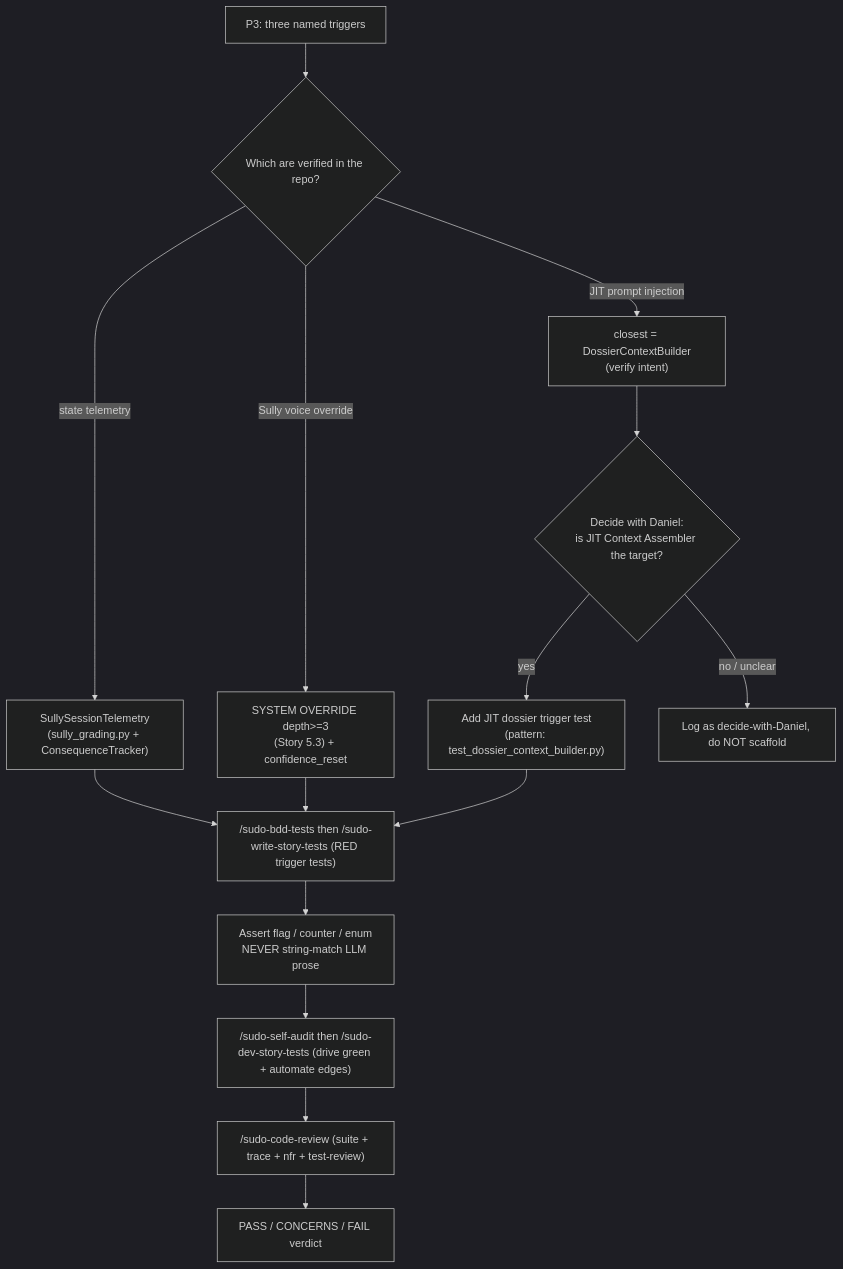
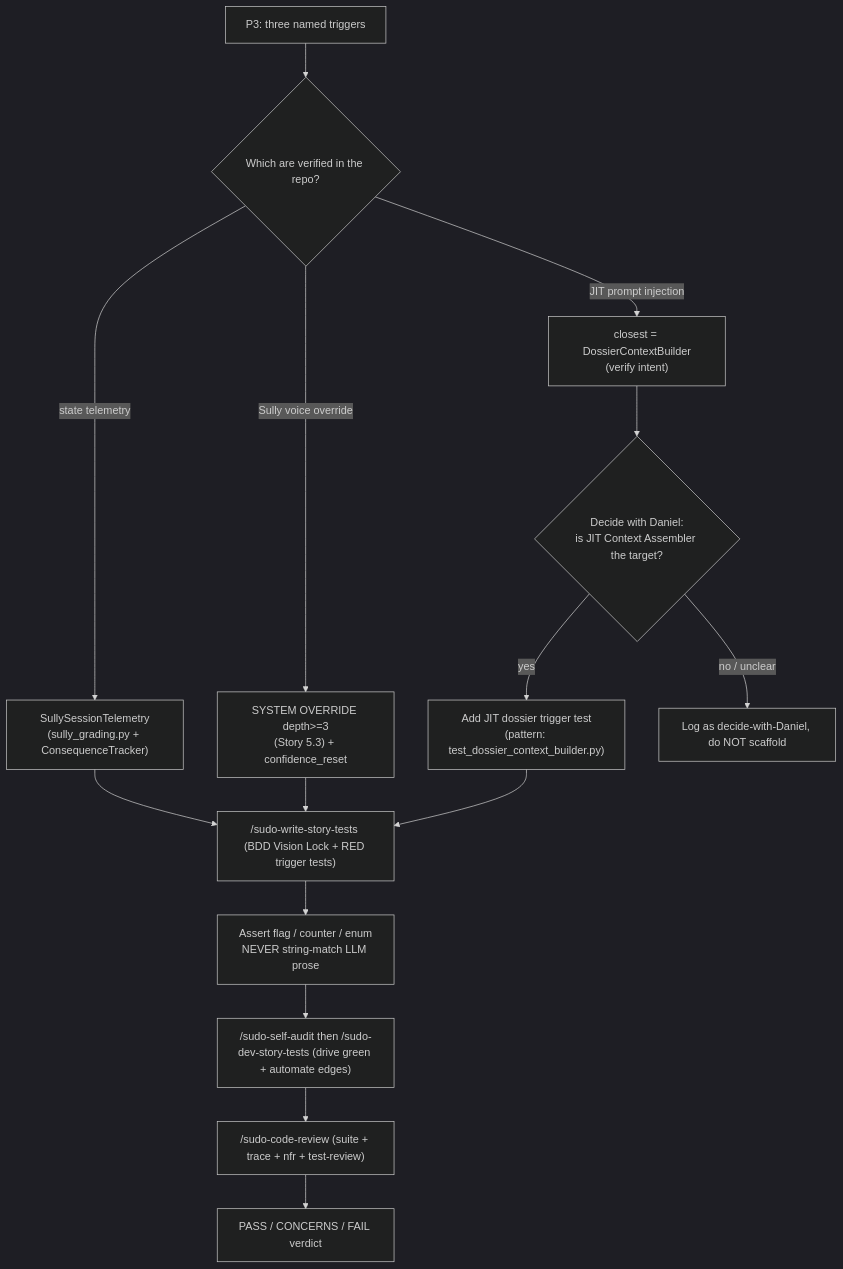
One commit to sudomadhatter/Sudo_Hatter_Command changed the fifth of 12 diagrams in _my_resources/diagrams_guides/workflows_tea_testing/tea_testing_guide.md. Above: the diagram before and after it, drawn with Mermaid (dark theme). The commit also changed other lines of this file and 18 other files, not shown here.

Commit message:
feat: add new CLI commands and workflow orchestration files for BDD-based story development and sprint maintenance

````diff
--- a/_my_resources/diagrams_guides/workflows_tea_testing/tea_testing_guide.md
+++ b/_my_resources/diagrams_guides/workflows_tea_testing/tea_testing_guide.md
@@ -360,17 +360,17 @@
 ```mermaid
 flowchart TD
     A["P3: three named triggers"] --> B{"Which are verified in the repo?"}
     B -->|"state telemetry"| T1["SullySessionTelemetry\n(sully_grading.py + ConsequenceTracker)"]
     B -->|"Sully voice override"| T2["SYSTEM OVERRIDE depth&gt;=3\n(Story 5.3) + confidence_reset"]
     B -->|"JIT prompt injection"| T3["closest = DossierContextBuilder\n(verify intent)"]
     T3 --> D{"Decide with Daniel:\nis JIT Context Assembler the target?"}
     D -->|"yes"| T3b["Add JIT dossier trigger test\n(pattern: test_dossier_context_builder.py)"]
     D -->|"no / unclear"| HOLD["Log as decide-with-Daniel, do NOT scaffold"]
-    T1 --> W["/sudo-bdd-tests then /sudo-write-story-tests (RED trigger tests)"]
+    T1 --> W["/sudo-write-story-tests (BDD Vision Lock + RED trigger tests)"]
     T2 --> W
     T3b --> W
     W --> X["Assert flag / counter / enum\nNEVER string-match LLM prose"]
     X --> Y["/sudo-self-audit then /sudo-dev-story-tests (drive green + automate edges)"]
     Y --> Z["/sudo-code-review (suite + trace + nfr + test-review)"]
     Z --> V["PASS / CONCERNS / FAIL verdict"]
 ```
````
